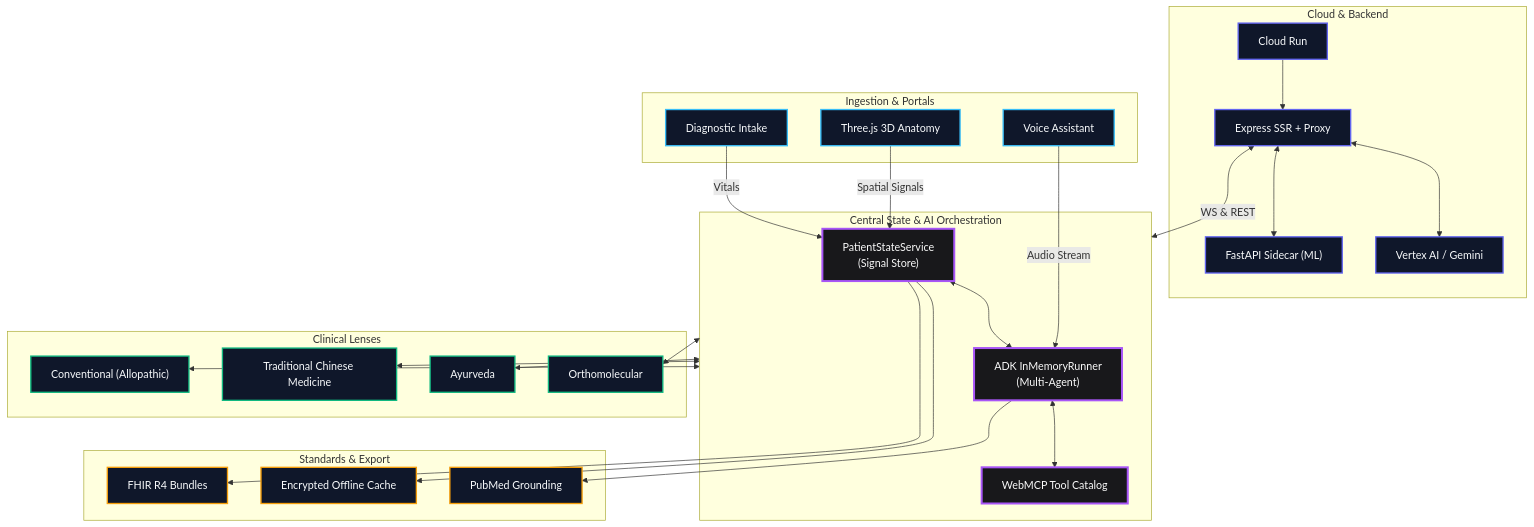
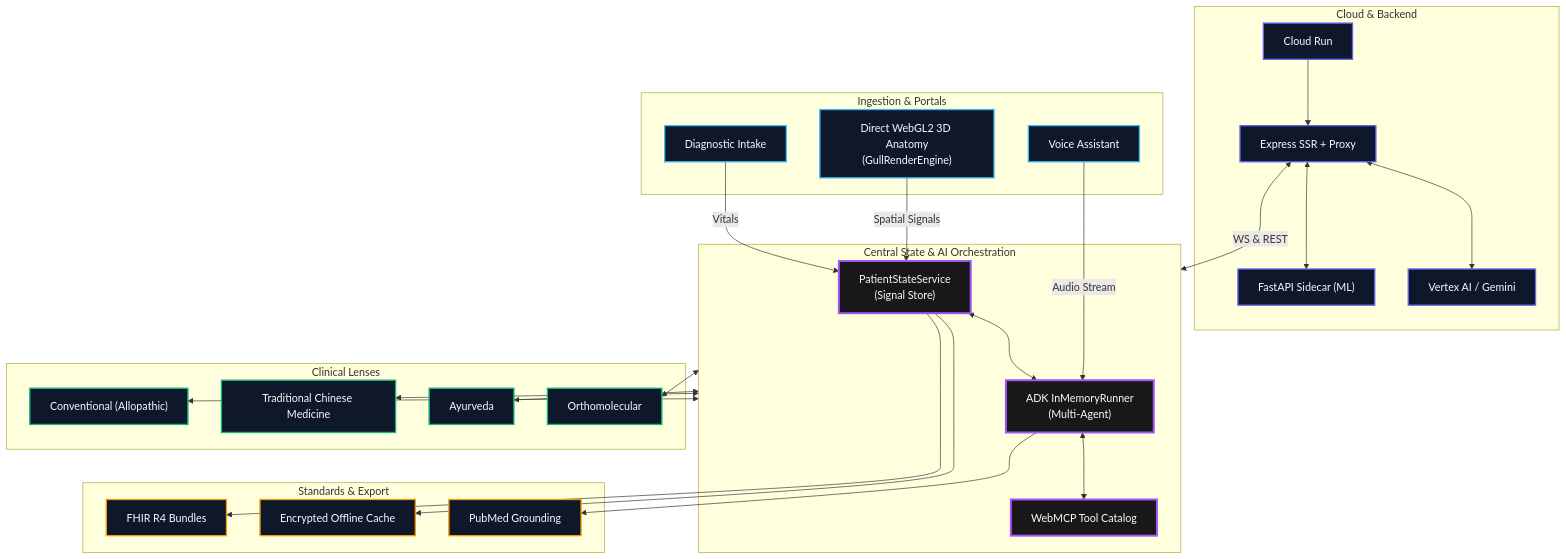
One commit to pocketgull-app/pocketgull changed the diagram in README.md. Above: the diagram before and after it, drawn with Mermaid. The commit also changed other lines of this file and 2 other files, not shown here.

Commit message:
fix(ui): resolve AoT lens router type and credit direct webgl2 engine

````diff
--- a/README.md
+++ b/README.md
@@ -145,64 +145,64 @@
 ```mermaid
 graph TB
     classDef cloud fill:#0f172a,stroke:#6366f1,stroke-width:2px,color:#f8fafc
     classDef ingestion fill:#0f172a,stroke:#38bdf8,stroke-width:2px,color:#f8fafc
     classDef hub fill:#18181b,stroke:#a855f7,stroke-width:3px,color:#fafafa
     classDef lenses fill:#0f172a,stroke:#10b981,stroke-width:2px,color:#f8fafc
     classDef foundation fill:#0f172a,stroke:#f59e0b,stroke-width:2px,color:#f8fafc
 
     subgraph Cloud ["Cloud & Backend"]
         CloudRun["Cloud Run"]
         Express["Express SSR + Proxy"]
         FastAPI["FastAPI Sidecar (ML)"]
         Vertex["Vertex AI / Gemini"]
     end
 
     subgraph Ingestion ["Ingestion & Portals"]
-        Body3D["Three.js 3D Anatomy"]
+        Body3D["Direct WebGL2 3D Anatomy\n(GullRenderEngine)"]
         Voice["Voice Assistant"]
         Intake["Diagnostic Intake"]
     end
 
     subgraph Hub ["Central State & AI Orchestration"]
         State["PatientStateService\n(Signal Store)"]
         ADK["ADK InMemoryRunner\n(Multi-Agent)"]
         WebMCP["WebMCP Tool Catalog"]
     end
 
     subgraph Lenses ["Clinical Lenses"]
         Western["Conventional (Allopathic)"]
         TCM["Traditional Chinese Medicine"]
         Ayurvedic["Ayurveda"]
         Ortho["Orthomolecular"]
     end
 
     subgraph Foundation ["Standards & Export"]
         FHIR["FHIR R4 Bundles"]
         Cache["Encrypted Offline Cache"]
         PubMed["PubMed Grounding"]
     end
 
     CloudRun --> Express
     Express <--> FastAPI
     Express <--> Vertex
 
     Body3D -->|Spatial Signals| State
     Voice -->|Audio Stream| ADK
     Intake -->|Vitals| State
 
     Express <-->|WS & REST| Hub
 
     State <--> ADK
     ADK <--> WebMCP
 
     Hub <--> Western & TCM & Ayurvedic & Ortho
 
     State --> FHIR & Cache
     ADK --> PubMed
 
     class CloudRun,Express,FastAPI,Vertex cloud
     class Body3D,Voice,Intake ingestion
     class State,ADK,WebMCP hub
     class Western,TCM,Ayurvedic,Ortho lenses
     class FHIR,Cache,PubMed foundation
 ```
````
